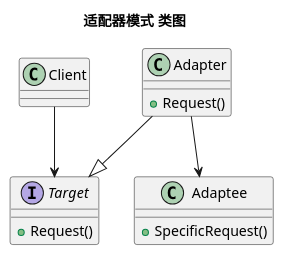
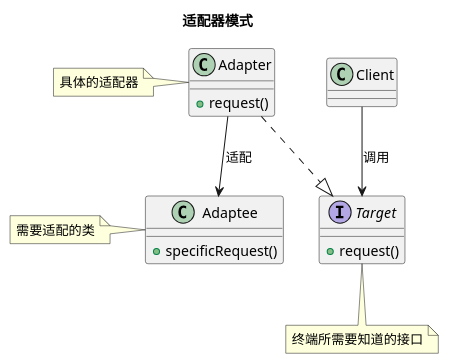
The diagram in source/_posts/模式-适配器.md (lepoch/lepoch.github.io), drawn with PlantUML before and after one commit. The commit also changed other lines of this file and 2 other files, not shown here.

````diff
--- a/source/_posts/模式-适配器.md
+++ b/source/_posts/模式-适配器.md
@@ -24,21 +24,28 @@
 ```plantuml
 @startuml
-Title "适配器模式 类图"
+Title "适配器模式"
 
 class Client
 interface Target {
-  +Request()
+  +request()
 }
+note bottom: 终端所需要知道的接口
+
 class Adapter{
-  +Request()
+  +request()
 }
+note left: 具体的适配器
+
 class Adaptee{
-  +SpecificRequest()
+  +specificRequest()
 }
+note left: 需要适配的类
 
-Client-->Target
-Adapter--|>Target
-Adapter-->Adaptee
+Client --> Target : 调用
+Adapter ..|> Target
+Adapter --> Adaptee : 适配
+
+
 
 @enduml
 ```
````
